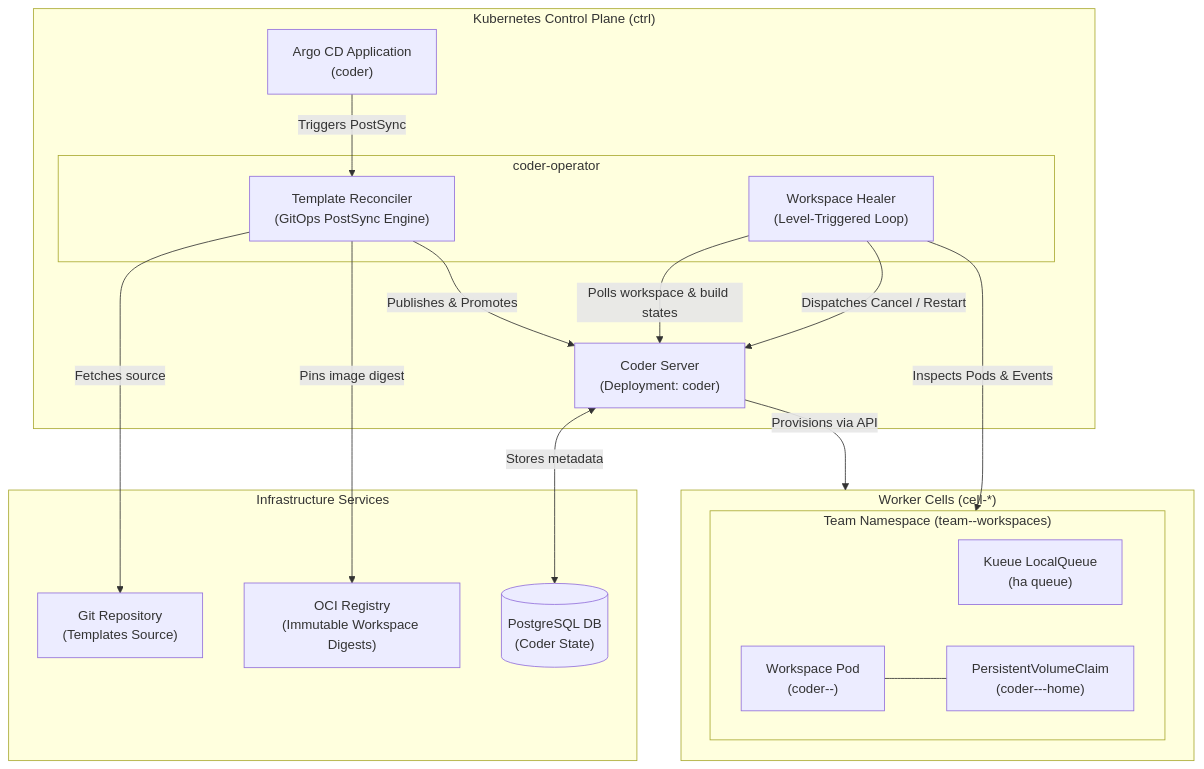
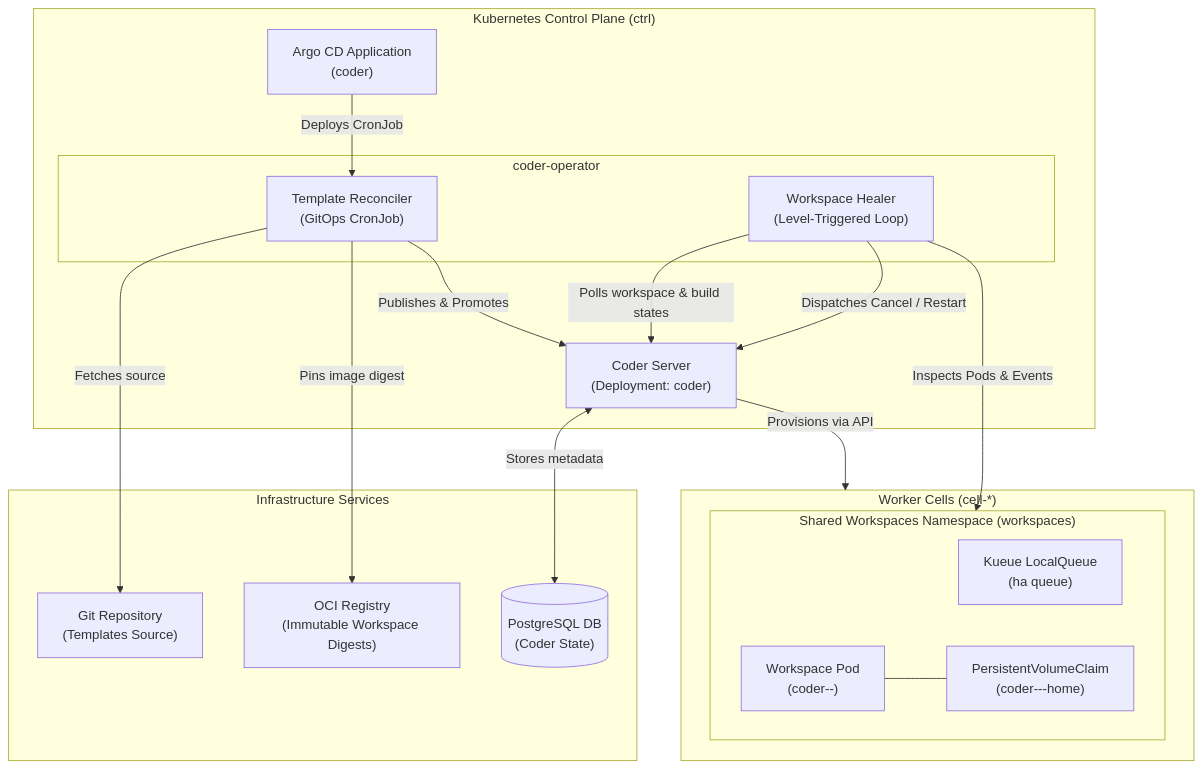
The first of 5 diagrams in src/infra/argocd/components/coder/README.md (simonepri/openplex), drawn with Mermaid before and after one commit. The commit also changed other lines of this file and 56 other files, not shown here.

Commit message:
feat(workspaces): consolidate developer workspaces into shared per-cell namespaces with EBS tuning

````diff
--- a/src/infra/argocd/components/coder/README.md
+++ b/src/infra/argocd/components/coder/README.md
@@ -7,38 +7,38 @@
 ```mermaid
 flowchart TB
     subgraph ControlPlane["Kubernetes Control Plane (ctrl)"]
         ArgoCD["Argo CD Application<br/>(coder)"]
         CoderServer["Coder Server<br/>(Deployment: coder)"]
         
         subgraph Operator["coder-operator"]
-            Reconciler["Template Reconciler<br/>(GitOps PostSync Engine)"]
+            Reconciler["Template Reconciler<br/>(GitOps CronJob)"]
             Healer["Workspace Healer<br/>(Level-Triggered Loop)"]
         end
     end
 
     subgraph StorageAndVCS["Infrastructure Services"]
         GitRepo["Git Repository<br/>(Templates Source)"]
         OCIRegistry["OCI Registry<br/>(Immutable Workspace Digests)"]
         PostgresDB[("PostgreSQL DB<br/>(Coder State)")]
     end
 
-    subgraph TeamCells["Worker Cells (cell-*)"]
-        subgraph TeamNamespace["Team Namespace (team-<slug>-workspaces)"]
+    subgraph WorkerCells["Worker Cells (cell-*)"]
+        subgraph WorkspacesNamespace["Shared Workspaces Namespace (workspaces)"]
             KueueQueue["Kueue LocalQueue<br/>(ha queue)"]
             WorkspacePod["Workspace Pod<br/>(coder-<user>-<name>)"]
             HomePVC["PersistentVolumeClaim<br/>(coder-<user>-<name>-home)"]
         end
     end
 
-    ArgoCD -->|Triggers PostSync| Reconciler
+    ArgoCD -->|Deploys CronJob| Reconciler
     Reconciler -->|Fetches source| GitRepo
     Reconciler -->|Pins image digest| OCIRegistry
     Reconciler -->|Publishes & Promotes| CoderServer
     CoderServer <-->|Stores metadata| PostgresDB
-    CoderServer -->|Provisions via API| TeamCells
+    CoderServer -->|Provisions via API| WorkerCells
     
     Healer -->|Polls workspace & build states| CoderServer
-    Healer -->|Inspects Pods & Events| TeamNamespace
+    Healer -->|Inspects Pods & Events| WorkspacesNamespace
     Healer -->|Dispatches Cancel / Restart| CoderServer
     WorkspacePod --- HomePVC
 ```
````
